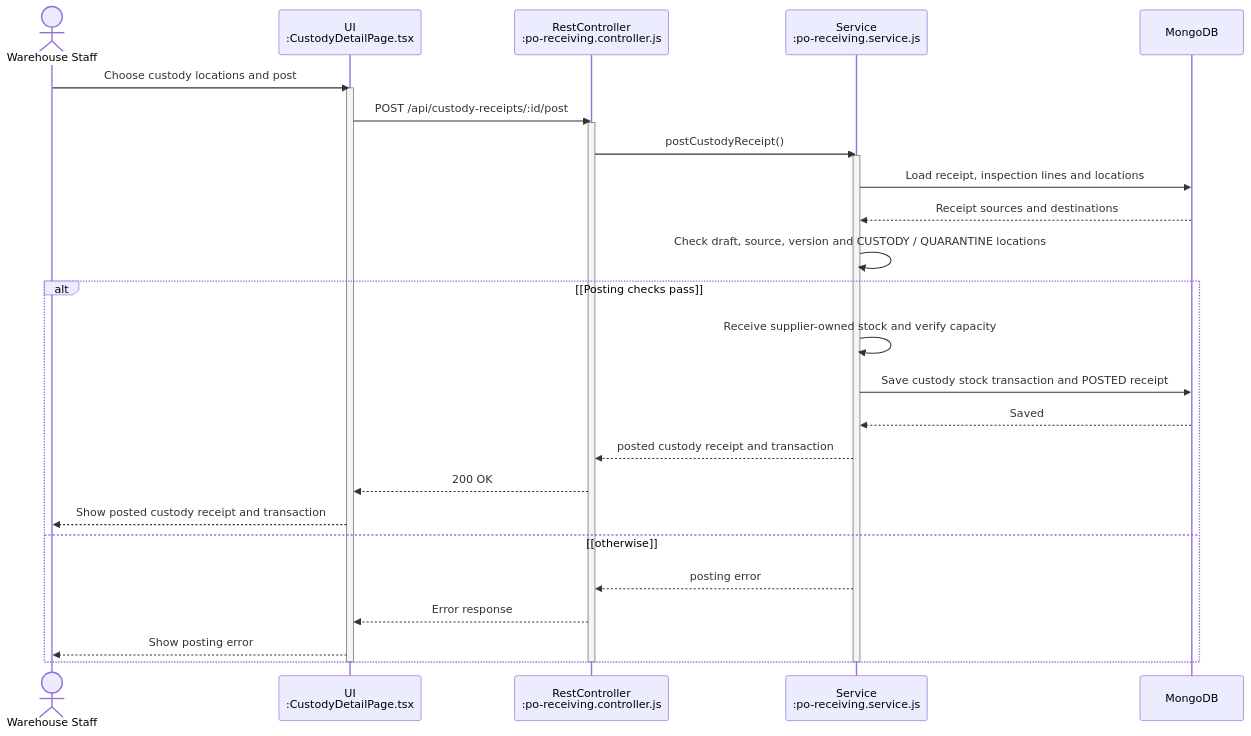
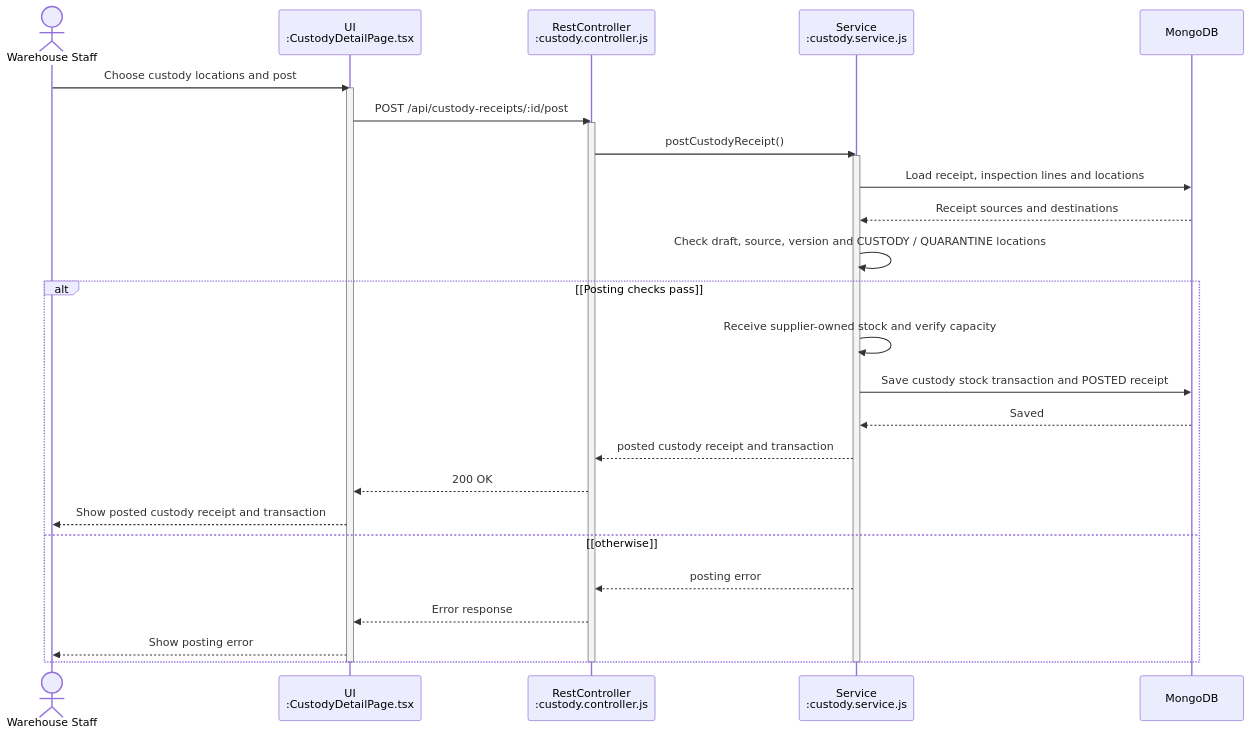
Diagram 27 of 46 in git_doc/docs/01_bao_cao/WMSD_Report4_Draft.md (bupbalabup/wmsd_be), drawn with Mermaid before and after one commit. The commit also changed other lines of this file and 29 other files, not shown here.

````diff
--- a/git_doc/docs/01_bao_cao/WMSD_Report4_Draft.md
+++ b/git_doc/docs/01_bao_cao/WMSD_Report4_Draft.md
@@ -1843,32 +1866,32 @@
 ```mermaid
 sequenceDiagram
   actor X as Warehouse Staff
   participant U as UI<br/>:CustodyDetailPage.tsx
-  participant A as RestController<br/>:po-receiving.controller.js
-  participant S as Service<br/>:po-receiving.service.js
+  participant A as RestController<br/>:custody.controller.js
+  participant S as Service<br/>:custody.service.js
   participant D as MongoDB
   X->>U: Choose custody locations and post
   activate U
   U->>A: POST /api/custody-receipts/:id/post
   activate A
   A->>S: postCustodyReceipt()
   activate S
   S->>D: Load receipt, inspection lines and locations
   D-->>S: Receipt sources and destinations
   S->>S: Check draft, source, version and CUSTODY / QUARANTINE locations
   alt [Posting checks pass]
     S->>S: Receive supplier-owned stock and verify capacity
     S->>D: Save custody stock transaction and POSTED receipt
     D-->>S: Saved
     S-->>A: posted custody receipt and transaction
     A-->>U: 200 OK
     U-->>X: Show posted custody receipt and transaction
   else [otherwise]
     S-->>A: posting error
     A-->>U: Error response
     U-->>X: Show posting error
   end
   deactivate S
   deactivate A
   deactivate U
 ```
````
